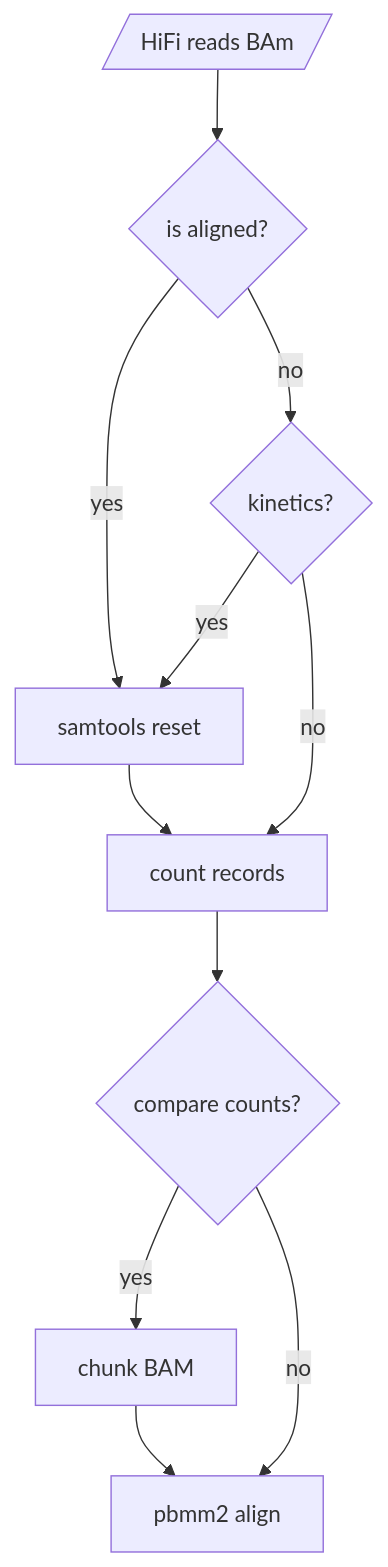
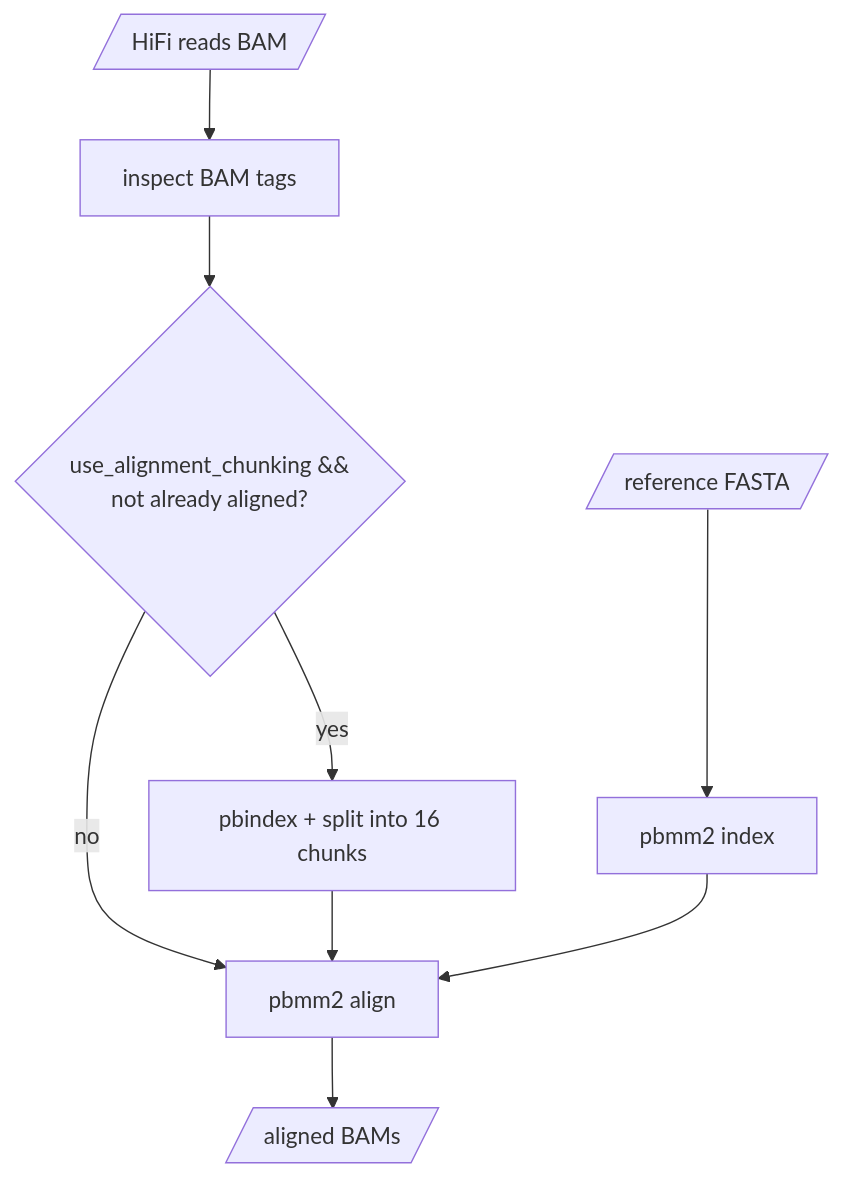
Before and after one commit to PacificBiosciences/HiFi-human-WGS-WDL: the diagram in docs/pbmm2.md, drawn with Mermaid. The commit also changed other lines of this file and 84 other files, not shown here.

````diff
--- a/docs/pbmm2.md
+++ b/docs/pbmm2.md
@@ -3,13 +3,11 @@
 ```mermaid
 flowchart TD
-  hifi_reads[/"HiFi reads BAm"/] --> is_aligned{"is aligned?"}
-  is_aligned -- yes --> samtools_reset["samtools reset"]
-  is_aligned -- no --> has_kinetics{"kinetics?"}
-  has_kinetics -- yes --> samtools_reset
-  has_kinetics -- no --> count_records["count records"]
-  samtools_reset --> count_records
-  count_records --> compare_counts{"compare counts?"}
-  compare_counts -- yes --> chunk_bam["chunk BAM"]
-  compare_counts -- no --> pbmm2_align["pbmm2 align"]
-  chunk_bam --> pbmm2_align
+  hifi_reads[/"HiFi reads BAM"/] --> inspect["inspect BAM tags"]
+  ref_fasta[/"reference FASTA"/] --> create_index["pbmm2 index"]
+  inspect --> chunk{"use_alignment_chunking &&\nnot already aligned?"}
+  chunk -- yes --> pbindex["pbindex + split into 16 chunks"]
+  chunk -- no --> align["pbmm2 align"]
+  pbindex --> align
+  create_index --> align
+  align --> aligned_bams[/"aligned BAMs"/]
 ```
````
